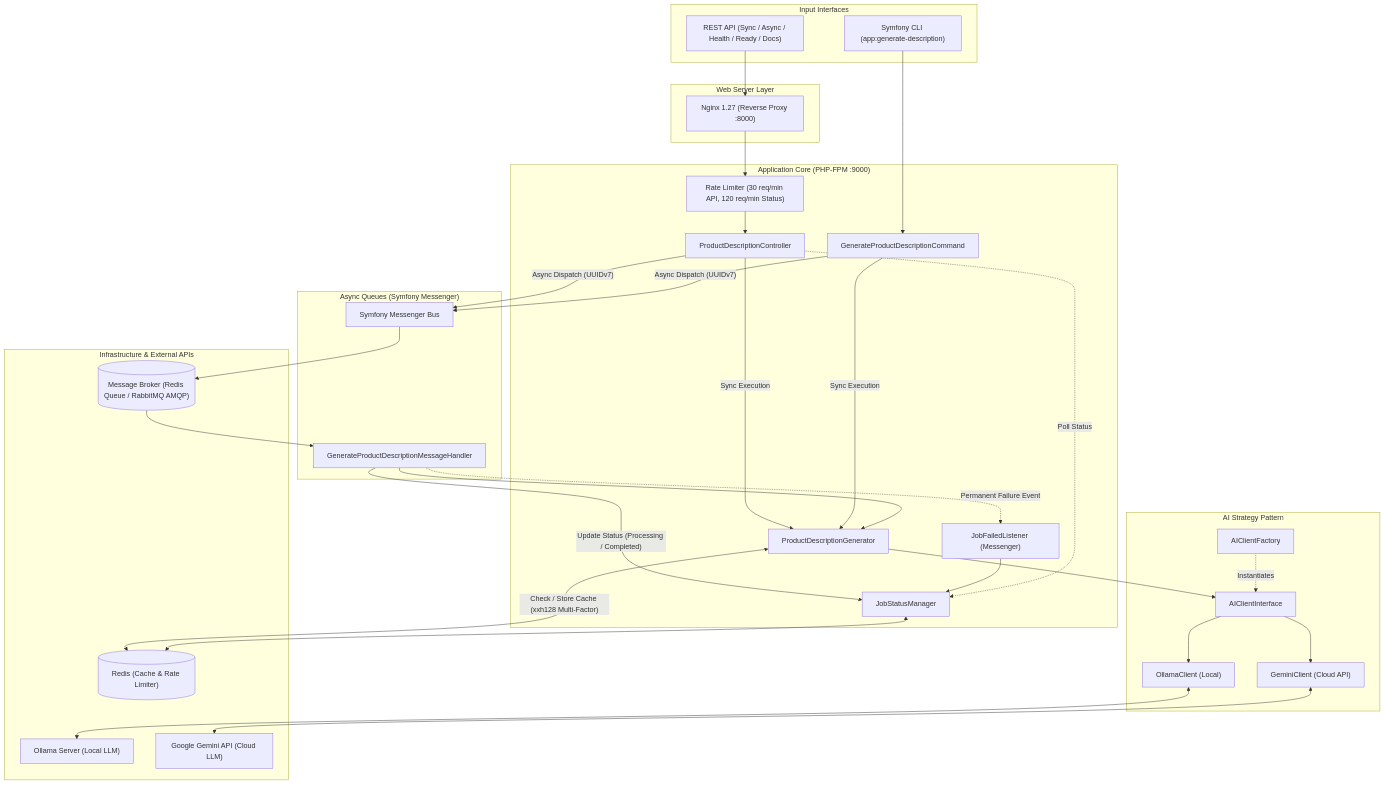
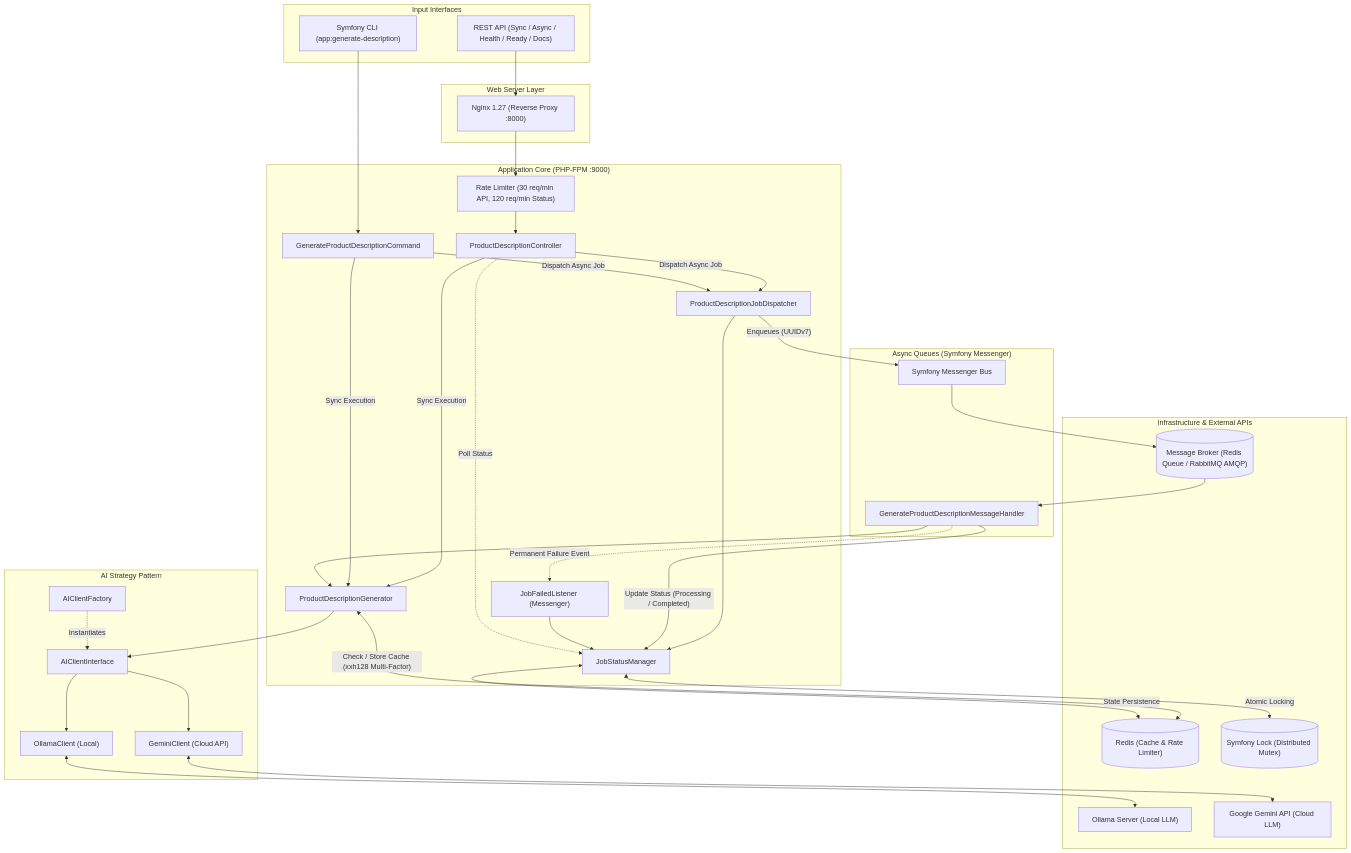
One commit to michal-kraus/ai-product-description-microservice changed the diagram in README.md. Above: the diagram before and after it, drawn with Mermaid. The commit also changed other lines of this file and 1 other file, not shown here.

Commit message:
docs: update readme architecture, test metrics, and project structure

````diff
--- a/README.md
+++ b/README.md
@@ -25,66 +25,71 @@
 ```mermaid
 flowchart TD
     subgraph Clients ["Input Interfaces"]
         HTTP["REST API (Sync / Async / Health / Ready / Docs)"]
         CLI["Symfony CLI (app:generate-description)"]
     end
 
     subgraph WebServer ["Web Server Layer"]
         Nginx["Nginx 1.27 (Reverse Proxy :8000)"]
     end
 
     subgraph App ["Application Core (PHP-FPM :9000)"]
         Limiter["Rate Limiter (30 req/min API, 120 req/min Status)"]
         Controller["ProductDescriptionController"]
         Command["GenerateProductDescriptionCommand"]
+        Dispatcher["ProductDescriptionJobDispatcher"]
         Generator["ProductDescriptionGenerator"]
         JobManager["JobStatusManager"]
         JobListener["JobFailedListener (Messenger)"]
     end
 
     subgraph MessengerLayer ["Async Queues (Symfony Messenger)"]
         Bus["Symfony Messenger Bus"]
         Handler["GenerateProductDescriptionMessageHandler"]
     end
 
     subgraph AIService ["AI Strategy Pattern"]
         Factory["AIClientFactory"]
         Strategy["AIClientInterface"]
         Ollama["OllamaClient (Local)"]
         Gemini["GeminiClient (Cloud API)"]
     end
 
     subgraph Infra ["Infrastructure & External APIs"]
         RedisCache[("Redis (Cache & Rate Limiter)")]
+        LockStore[("Symfony Lock (Distributed Mutex)")]
         Queues[("Message Broker (Redis Queue / RabbitMQ AMQP)")]
         OllamaSrv["Ollama Server (Local LLM)"]
         GeminiAPI["Google Gemini API (Cloud LLM)"]
     end
 
     HTTP --> Nginx --> Limiter --> Controller
     CLI --> Command
 
     Controller -- "Sync Execution" --> Generator
     Command -- "Sync Execution" --> Generator
 
-    Controller -- "Async Dispatch (UUIDv7)" --> Bus
-    Command -- "Async Dispatch (UUIDv7)" --> Bus
+    Controller -- "Dispatch Async Job" --> Dispatcher
+    Command -- "Dispatch Async Job" --> Dispatcher
+    Dispatcher -- "Enqueues (UUIDv7)" --> Bus
+    Dispatcher --> JobManager
 
     Bus --> Queues --> Handler
     Handler -- "Update Status (Processing / Completed)" --> JobManager
     Handler --> Generator
     Handler -. "Permanent Failure Event" .-> JobListener --> JobManager
 
     Generator <-->|"Check / Store Cache (xxh128 Multi-Factor)"| RedisCache
     Generator --> Strategy
 
     Factory -. "Instantiates" .-> Strategy
     Strategy --> Ollama
     Strategy --> Gemini
 
     Ollama <--> OllamaSrv
     Gemini <--> GeminiAPI
 
     Controller -. "Poll Status" .-> JobManager
-    JobManager <--> RedisCache
+    JobManager <-->|"State Persistence"| RedisCache
+    JobManager <-->|"Atomic Locking"| LockStore
 ```
````
